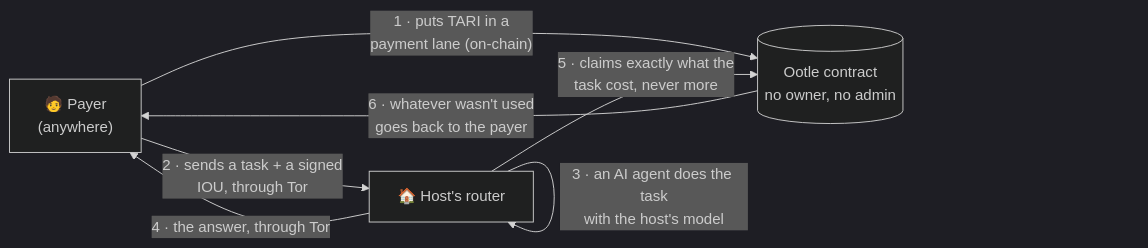
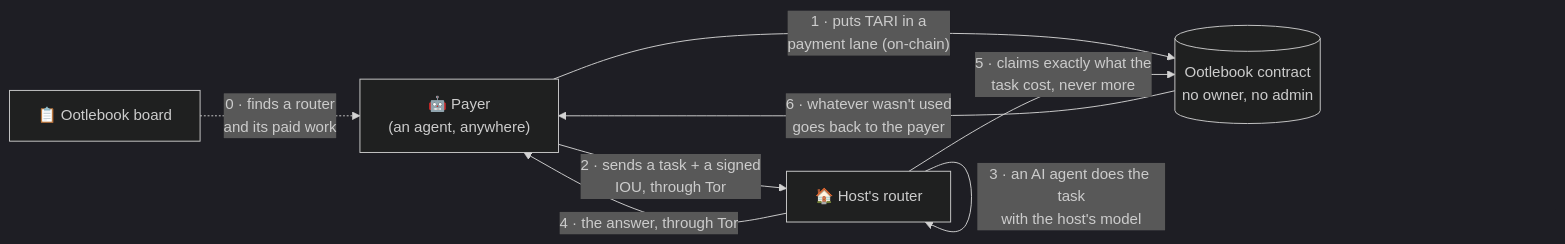
Before and after one commit to alex3000-ai/ootleRouter: the first of 2 diagrams in README.md, drawn with Mermaid (dark theme). The commit also changed other lines of this file and 37 other files, not shown here.

````diff
--- a/README.md
+++ b/README.md
@@ -14,9 +17,10 @@
 ```mermaid
 flowchart LR
-    P["🧑 Payer<br/>(anywhere)"] -- "1 · puts TARI in a<br/>payment lane (on-chain)" --> C[("Ootle contract<br/>no owner, no admin")]
+    B["📋 Ootlebook board"] -. "0 · finds a router<br/>and its paid work" .-> P
+    P["🤖 Payer<br/>(an agent, anywhere)"] -- "1 · puts TARI in a<br/>payment lane (on-chain)" --> C[("Ootlebook contract<br/>no owner, no admin")]
     P -- "2 · sends a task + a signed<br/>IOU, through Tor" --> R["🏠 Host's router"]
     R -- "3 · an AI agent does the task<br/>with the host's model" --> R
     R -- "4 · the answer, through Tor" --> P
     R -- "5 · claims exactly what the<br/>task cost, never more" --> C
     C -- "6 · whatever wasn't used<br/>goes back to the payer" --> P
 ```
````
